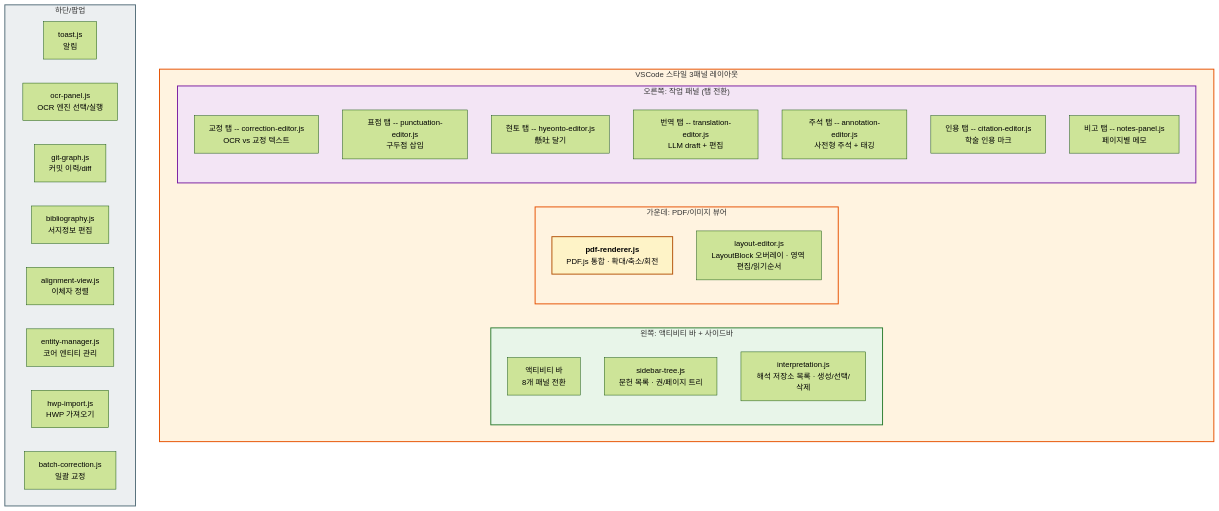
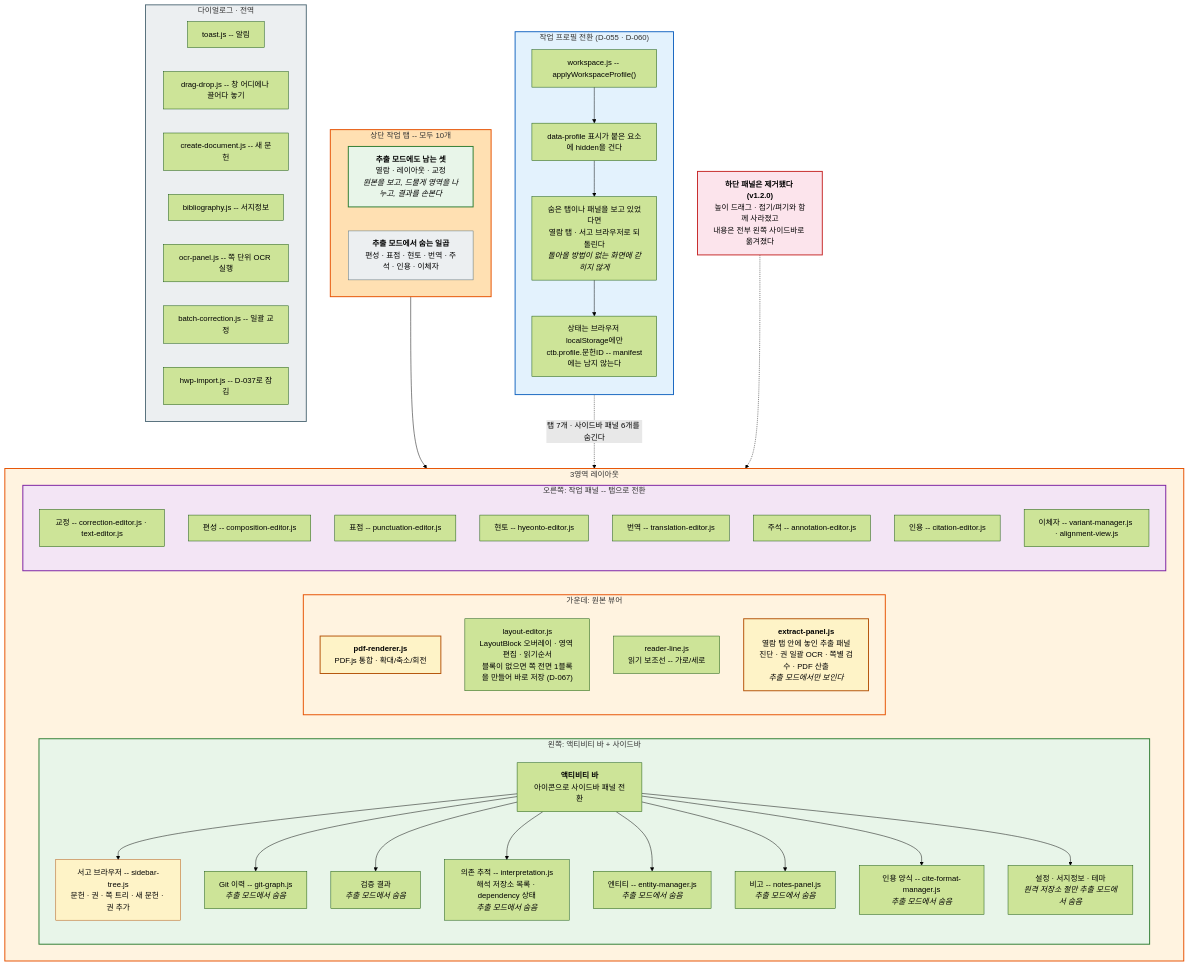
Diagram 11 of 13 in docs/architecture-diagrams.md (hw725/classical-text-browser), drawn with Mermaid (forest theme) before and after one commit. The commit also changed other lines of this file and 4 other files, not shown here.

First line of the commit message:
docs: README를 허브로 개편 + 아키텍처 다이어그램 v1.2.0 갱신

````diff
--- a/docs/architecture-diagrams.md
+++ b/docs/architecture-diagrams.md
@@ -778,46 +930,91 @@
 ```mermaid
 flowchart TB
-    subgraph LAYOUT["VSCode 스타일 3패널 레이아웃"]
+    subgraph TABS["상단 작업 탭 -- 모두 10개"]
+        direction LR
+        T_KEEP["<b>추출 모드에도 남는 셋</b><br/>열람 · 레이아웃 · 교정<br/><i>원본을 보고, 드물게 영역을 나누고, 결과를 손본다</i>"]
+        T_HIDE["<b>추출 모드에서 숨는 일곱</b><br/>편성 · 표점 · 현토 · 번역 · 주석 · 인용 · 이체자"]
+    end
+
+    subgraph LAYOUT["3영역 레이아웃"]
         direction LR
         subgraph LEFT["왼쪽: 액티비티 바 + 사이드바"]
             direction TB
-            ACT["액티비티 바<br/>8개 패널 전환"]
-            SIDE_TREE["sidebar-tree.js<br/>문헌 목록 · 권/페이지 트리"]
-            SIDE_INT["interpretation.js<br/>해석 저장소 목록 · 생성/선택/삭제"]
+            ACT["<b>액티비티 바</b><br/>아이콘으로 사이드바 패널 전환"]
+            A1["서고 브라우저 -- sidebar-tree.js<br/>문헌 · 권 · 쪽 트리 · 새 문헌 · 권 추가"]
+            A2["Git 이력 -- git-graph.js<br/><i>추출 모드에서 숨음</i>"]
+            A3["검증 결과<br/><i>추출 모드에서 숨음</i>"]
+            A4["의존 추적 -- interpretation.js<br/>해석 저장소 목록 · dependency 상태<br/><i>추출 모드에서 숨음</i>"]
+            A5["엔티티 -- entity-manager.js<br/><i>추출 모드에서 숨음</i>"]
+            A6["비고 -- notes-panel.js<br/><i>추출 모드에서 숨음</i>"]
+            A7["인용 양식 -- cite-format-manager.js<br/><i>추출 모드에서 숨음</i>"]
+            A8["설정 · 서지정보 · 테마<br/><i>원격 저장소 절만 추출 모드에서 숨음</i>"]
+            ACT --> A1
+            ACT --> A2
+            ACT --> A3
+            ACT --> A4
+            ACT --> A5
+            ACT --> A6
+            ACT --> A7
+            ACT --> A8
         end
-        subgraph CENTER["가운데: PDF/이미지 뷰어"]
+        subgraph CENTER["가운데: 원본 뷰어"]
             direction TB
             PDF_R["<b>pdf-renderer.js</b><br/>PDF.js 통합 · 확대/축소/회전"]
-            LAY_E["layout-editor.js<br/>LayoutBlock 오버레이 · 영역 편집/읽기순서"]
+            LAY_E["layout-editor.js<br/>LayoutBlock 오버레이 · 영역 편집 · 읽기순서<br/>블록이 없으면 쪽 전면 1블록을 만들어 바로 저장 (D-067)"]
+            RL["reader-line.js<br/>읽기 보조선 -- 가로/세로"]
+            EXPANEL["<b>extract-panel.js</b><br/>열람 탭 안에 놓인 추출 패널<br/>진단 · 권 일괄 OCR · 쪽별 검수 · PDF 산출<br/><i>추출 모드에서만 보인다</i>"]
         end
-        subgraph RIGHT["오른쪽: 작업 패널 (탭 전환)"]
+        subgraph RIGHT["오른쪽: 작업 패널 -- 탭으로 전환"]
             direction TB
-            TAB1["교정 탭 -- correction-editor.js<br/>OCR vs 교정 텍스트"]
-            TAB2["표점 탭 -- punctuation-editor.js<br/>구두점 삽입"]
-            TAB3["현토 탭 -- hyeonto-editor.js<br/>懸吐 달기"]
-            TAB4["번역 탭 -- translation-editor.js<br/>LLM draft + 편집"]
-            TAB5["주석 탭 -- annotation-editor.js<br/>사전형 주석 + 태깅"]
-            TAB6["인용 탭 -- citation-editor.js<br/>학술 인용 마크"]
-            TAB7["비고 탭 -- notes-panel.js<br/>페이지별 메모"]
+            TAB0["교정 -- correction-editor.js · text-editor.js"]
+            TAB1["편성 -- composition-editor.js"]
+            TAB2["표점 -- punctuation-editor.js"]
+            TAB3["현토 -- hyeonto-editor.js"]
+            TAB4["번역 -- translation-editor.js"]
+            TAB5["주석 -- annotation-editor.js"]
+            TAB6["인용 -- citation-editor.js"]
+            TAB7["이체자 -- variant-manager.js · alignment-view.js"]
         end
     end
 
-    subgraph BOTTOM["하단/팝업"]
-        direction LR
-        BT1["toast.js<br/>알림"]
-        BT2["ocr-panel.js<br/>OCR 엔진 선택/실행"]
-        BT3["git-graph.js<br/>커밋 이력/diff"]
-        BT4["bibliography.js<br/>서지정보 편집"]
-        BT5["alignment-view.js<br/>이체자 정렬"]
-        BT6["entity-manager.js<br/>코어 엔티티 관리"]
-        BT7["hwp-import.js<br/>HWP 가져오기"]
-        BT8["batch-correction.js<br/>일괄 교정"]
+    TABS --> LAYOUT
+
+    subgraph PROFILE["작업 프로필 전환 (D-055 · D-060)"]
+        direction TB
+        PF1["workspace.js -- applyWorkspaceProfile()"]
+        PF2["data-profile 표시가 붙은 요소에 hidden을 건다"]
+        PF3["숨은 탭이나 패널을 보고 있었다면<br/>열람 탭 · 서고 브라우저로 되돌린다<br/><i>돌아올 방법이 없는 화면에 갇히지 않게</i>"]
+        PF4["상태는 브라우저 localStorage에만<br/>ctb.profile.문헌ID -- manifest에는 남지 않는다"]
+        PF1 --> PF2 --> PF3 --> PF4
     end
 
+    PROFILE -.->|"탭 7개 · 사이드바 패널 6개를 숨긴다"| LAYOUT
+
+    GONE["<b>하단 패널은 제거됐다 (v1.2.0)</b><br/>높이 드래그 · 접기/펴기와 함께 사라졌고<br/>내용은 전부 왼쪽 사이드바로 옮겨졌다"]
+    GONE -.-> LEFT
+
+    subgraph POPUP["다이얼로그 · 전역"]
+        direction LR
+        P1["toast.js -- 알림"]
+        P2["drag-drop.js -- 창 어디에나 끌어다 놓기"]
+        P3["create-document.js -- 새 문헌"]
+        P4["bibliography.js -- 서지정보"]
+        P5["ocr-panel.js -- 쪽 단위 OCR 실행"]
+        P6["batch-correction.js -- 일괄 교정"]
+        P7["hwp-import.js -- D-037로 잠김"]
+    end
+
+    style TABS fill:#ffe0b2,stroke:#e65100,stroke-width:2px
+    style T_KEEP fill:#e8f5e9,stroke:#2e7d32,stroke-width:2px
+    style T_HIDE fill:#eceff1,stroke:#546e7a
     style LAYOUT fill:#fff3e0,stroke:#e65100,stroke-width:2px
     style LEFT fill:#e8f5e9,stroke:#2e7d32,stroke-width:2px
+    style A1 fill:#fef3c7,stroke:#b45309
     style CENTER fill:#fff3e0,stroke:#e65100,stroke-width:2px
     style PDF_R fill:#fef3c7,stroke:#b45309,stroke-width:2px
+    style EXPANEL fill:#fef3c7,stroke:#b45309,stroke-width:2px
     style RIGHT fill:#f3e5f5,stroke:#7b1fa2,stroke-width:2px
-    style BOTTOM fill:#eceff1,stroke:#546e7a,stroke-width:2px
+    style PROFILE fill:#e3f2fd,stroke:#1565c0,stroke-width:2px
+    style GONE fill:#fce4ec,stroke:#c62828,stroke-width:2px
+    style POPUP fill:#eceff1,stroke:#546e7a,stroke-width:2px
 ```
````
